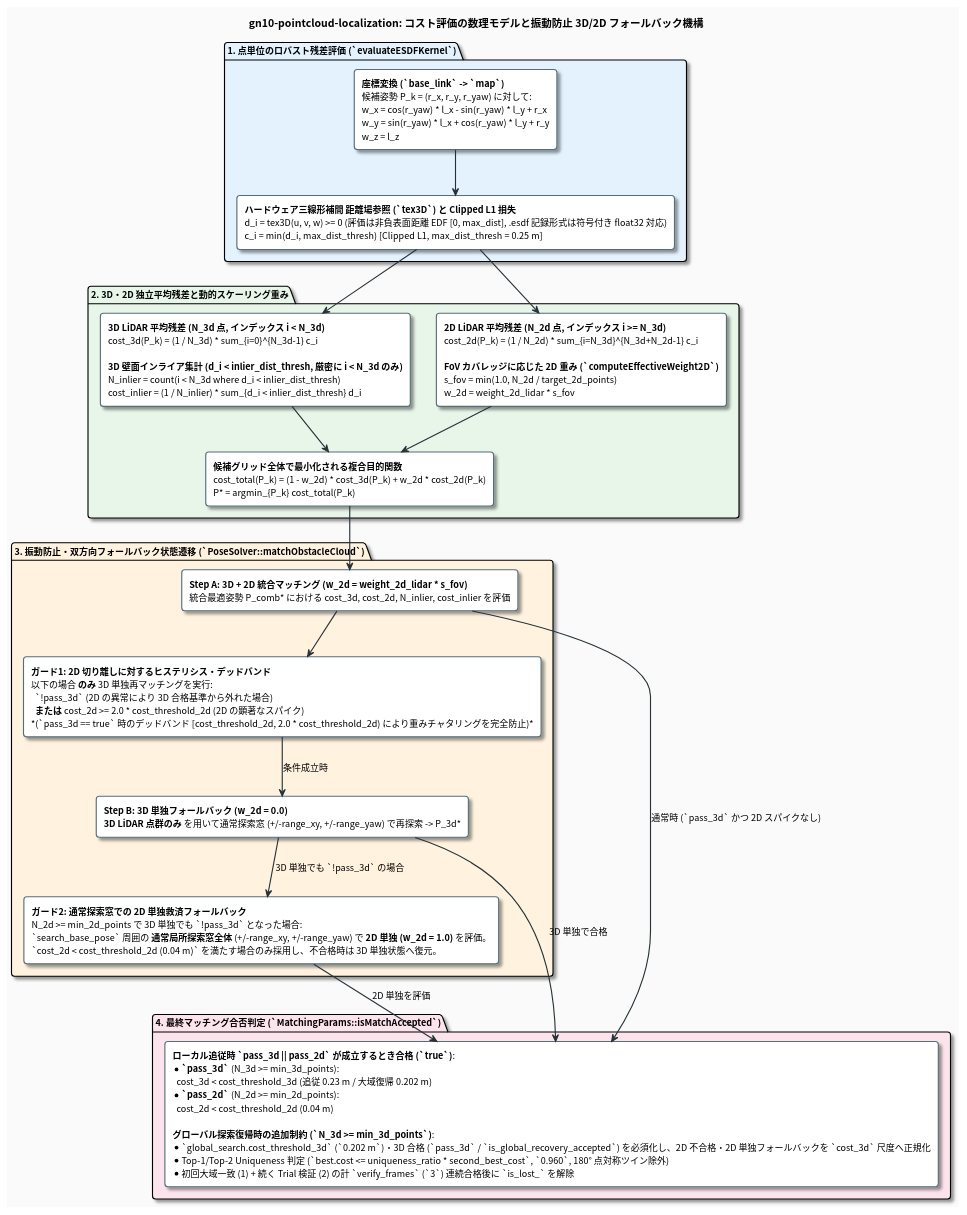
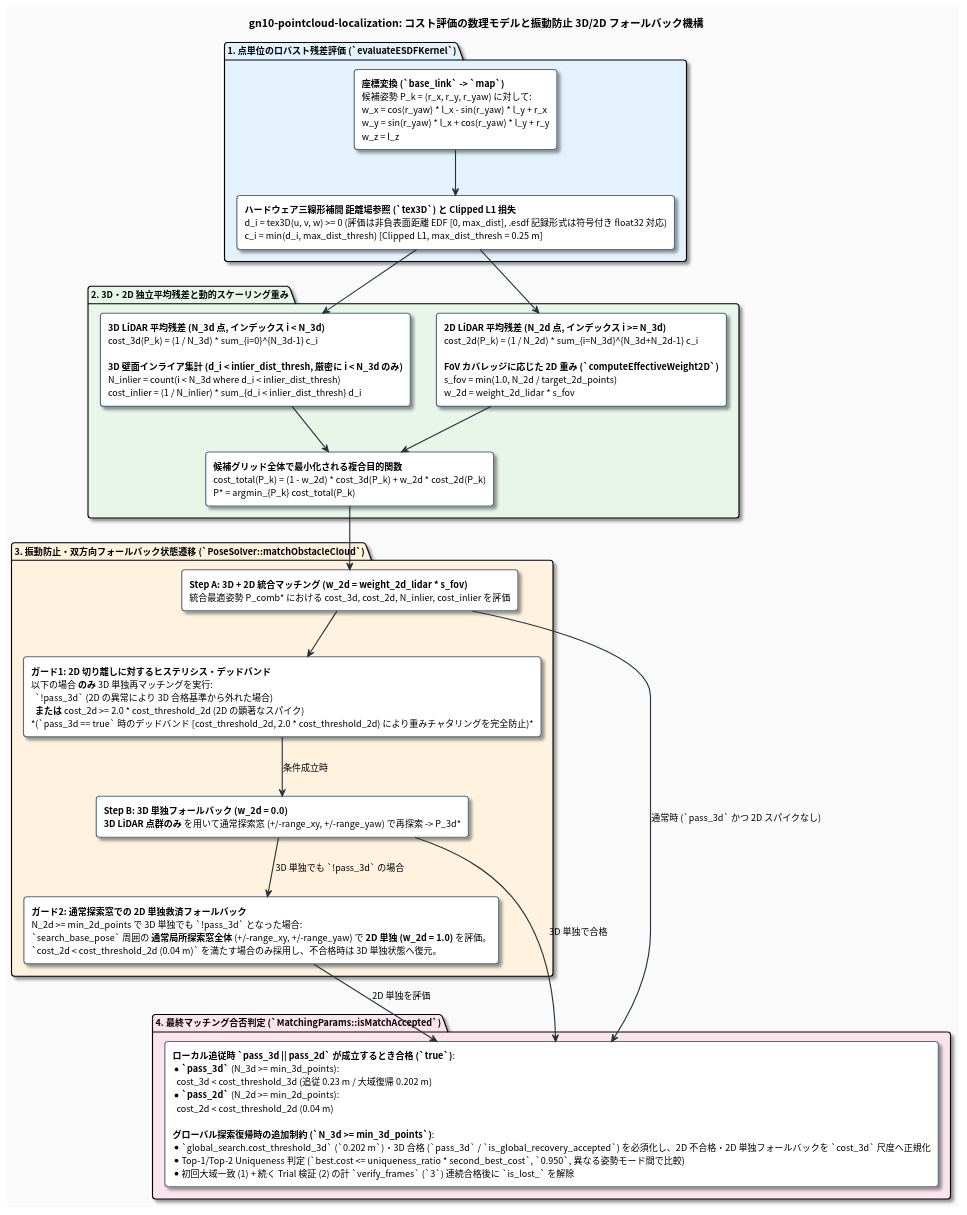
Before and after one commit to tmcit-ararobo-2026a/gn10-pointcloud-localization: the diagram in docs/matching_cost_and_weighting_jp.pu, drawn with PlantUML. The commit also changed 12 other files, not shown here.

Commit message:
refactor(global_search): remove origin-dependent antipodal symmetry heuristic

```diff
--- a/docs/matching_cost_and_weighting_jp.pu
+++ b/docs/matching_cost_and_weighting_jp.pu
@@ -1,70 +1,70 @@
 @startuml matching_cost_and_weighting_jp
 skinparam backgroundColor #FAFAFA
 skinparam defaultFontName "Roboto, Noto Sans CJK JP, sans-serif"
 skinparam defaultFontSize 12
 skinparam roundCorner 8
 skinparam shadowing true
 skinparam ArrowColor #263238
 skinparam ArrowThickness 1.5
 
 skinparam rectangle {
     BackgroundColor #FFFFFF
     BorderColor #546E7A
     BorderThickness 1.5
 }
 
 skinparam note {
     BackgroundColor #FFF8E1
     BorderColor #FFB300
     FontColor #263238
 }
 
 title **gn10-pointcloud-localization: コスト評価の数理モデルと振動防止 3D/2D フォールバック機構**
 
 package "1. 点単位のロバスト残差評価 (`evaluateESDFKernel`)" #E3F2FD {
     rectangle "**座標変換 (`base_link` -> `map`)**\n候補姿勢 P_k = (r_x, r_y, r_yaw) に対して:\nw_x = cos(r_yaw) * l_x - sin(r_yaw) * l_y + r_x\nw_y = sin(r_yaw) * l_x + cos(r_yaw) * l_y + r_y\nw_z = l_z" as TF_EQ
 
     rectangle "**ハードウェア三線形補間 距離場参照 (`tex3D`) と Clipped L1 損失**\nd_i = tex3D(u, v, w) >= 0  (評価は非負表面距離 EDF [0, max_dist], .esdf 記録形式は符号付き float32 対応)\nc_i = min(d_i, max_dist_thresh)  [Clipped L1, max_dist_thresh = 0.25 m]" as CLIP_EQ
 
     TF_EQ -down-> CLIP_EQ
 }
 
 package "2. 3D・2D 独立平均残差と動的スケーリング重み" #E8F5E9 {
     rectangle "**3D LiDAR 平均残差 (N_3d 点, インデックス i < N_3d)**\ncost_3d(P_k) = (1 / N_3d) * sum_{i=0}^{N_3d-1} c_i\n\n**3D 壁面インライア集計 (d_i < inlier_dist_thresh, 厳密に i < N_3d のみ)**\nN_inlier = count(i < N_3d where d_i < inlier_dist_thresh)\ncost_inlier = (1 / N_inlier) * sum_{d_i < inlier_dist_thresh} d_i" as COST_3D
 
     rectangle "**2D LiDAR 平均残差 (N_2d 点, インデックス i >= N_3d)**\ncost_2d(P_k) = (1 / N_2d) * sum_{i=N_3d}^{N_3d+N_2d-1} c_i\n\n**FoV カバレッジに応じた 2D 重み (`computeEffectiveWeight2D`)**\ns_fov = min(1.0, N_2d / target_2d_points)\nw_2d = weight_2d_lidar * s_fov" as COST_2D
 
     rectangle "**候補グリッド全体で最小化される複合目的関数**\ncost_total(P_k) = (1 - w_2d) * cost_3d(P_k) + w_2d * cost_2d(P_k)\nP* = argmin_{P_k} cost_total(P_k)" as COMP_EQ
 
     COST_3D -down-> COMP_EQ
     COST_2D -down-> COMP_EQ
 }
 
 CLIP_EQ -down-> COST_3D
 CLIP_EQ -down-> COST_2D
 
 package "3. 振動防止・双方向フォールバック状態遷移 (`PoseSolver::matchObstacleCloud`)" #FFF3E0 {
     rectangle "**Step A: 3D + 2D 統合マッチング (w_2d = weight_2d_lidar * s_fov)**\n統合最適姿勢 P_comb* における cost_3d, cost_2d, N_inlier, cost_inlier を評価" as STEP_A
 
     rectangle "**ガード1: 2D 切り離しに対するヒステリシス・デッドバンド**\n以下の場合 **のみ** 3D 単独再マッチングを実行:\n  `!pass_3d` (2D の異常により 3D 合格基準から外れた場合)\n  **または** cost_2d >= 2.0 * cost_threshold_2d (2D の顕著なスパイク)\n*(`pass_3d == true` 時のデッドバンド [cost_threshold_2d, 2.0 * cost_threshold_2d) により重みチャタリングを完全防止)*" as GUARD_1
 
     rectangle "**Step B: 3D 単独フォールバック (w_2d = 0.0)**\n**3D LiDAR 点群のみ** を用いて通常探索窓 (+/-range_xy, +/-range_yaw) で再探索 -> P_3d*" as STEP_B
 
     rectangle "**ガード2: 通常探索窓での 2D 単独救済フォールバック**\nN_2d >= min_2d_points で 3D 単独でも `!pass_3d` となった場合:\n`search_base_pose` 周囲の **通常局所探索窓全体** (+/-range_xy, +/-range_yaw) で **2D 単独 (w_2d = 1.0)** を評価。\n`cost_2d < cost_threshold_2d (0.04 m)` を満たす場合のみ採用し、不合格時は 3D 単独状態へ復元。" as STEP_C
 
     STEP_A -down-> GUARD_1
     GUARD_1 -down-> STEP_B : 条件成立時
     STEP_B -down-> STEP_C : 3D 単独でも `!pass_3d` の場合
 }
 
 COMP_EQ -down-> STEP_A
 
 package "4. 最終マッチング合否判定 (`MatchingParams::isMatchAccepted`)" #FCE4EC {
-    rectangle "**ローカル追従時 `pass_3d || pass_2d` が成立するとき合格 (`true`)**:\n* **`pass_3d`** (N_3d >= min_3d_points):\n  cost_3d < cost_threshold_3d (追従 0.23 m / 大域復帰 0.202 m)\n* **`pass_2d`** (N_2d >= min_2d_points):\n  cost_2d < cost_threshold_2d (0.04 m)\n\n**グローバル探索復帰時の追加制約 (`N_3d >= min_3d_points`)**:\n* `global_search.cost_threshold_3d` (`0.202 m`)・3D 合格 (`pass_3d` / `is_global_recovery_accepted`) を必須化し、2D 不合格・2D 単独フォールバックを `cost_3d` 尺度へ正規化\n* Top-1/Top-2 Uniqueness 判定 (`best.cost <= uniqueness_ratio * second_best_cost`, `0.960`, 180° 点対称ツイン除外)\n* 初回大域一致 (1) + 続く Trial 検証 (2) の計 `verify_frames` (`3`) 連続合格後に `is_lost_` を解除" as FINAL_ACCEPT
+    rectangle "**ローカル追従時 `pass_3d || pass_2d` が成立するとき合格 (`true`)**:\n* **`pass_3d`** (N_3d >= min_3d_points):\n  cost_3d < cost_threshold_3d (追従 0.23 m / 大域復帰 0.202 m)\n* **`pass_2d`** (N_2d >= min_2d_points):\n  cost_2d < cost_threshold_2d (0.04 m)\n\n**グローバル探索復帰時の追加制約 (`N_3d >= min_3d_points`)**:\n* `global_search.cost_threshold_3d` (`0.202 m`)・3D 合格 (`pass_3d` / `is_global_recovery_accepted`) を必須化し、2D 不合格・2D 単独フォールバックを `cost_3d` 尺度へ正規化\n* Top-1/Top-2 Uniqueness 判定 (`best.cost <= uniqueness_ratio * second_best_cost`, `0.950`, 異なる姿勢モード間で比較)\n* 初回大域一致 (1) + 続く Trial 検証 (2) の計 `verify_frames` (`3`) 連続合格後に `is_lost_` を解除" as FINAL_ACCEPT
 }
 
 STEP_A -down-> FINAL_ACCEPT : 通常時 (`pass_3d` かつ 2D スパイクなし)
 STEP_B -down-> FINAL_ACCEPT : 3D 単独で合格
 STEP_C -down-> FINAL_ACCEPT : 2D 単独を評価
 
 @enduml
```
